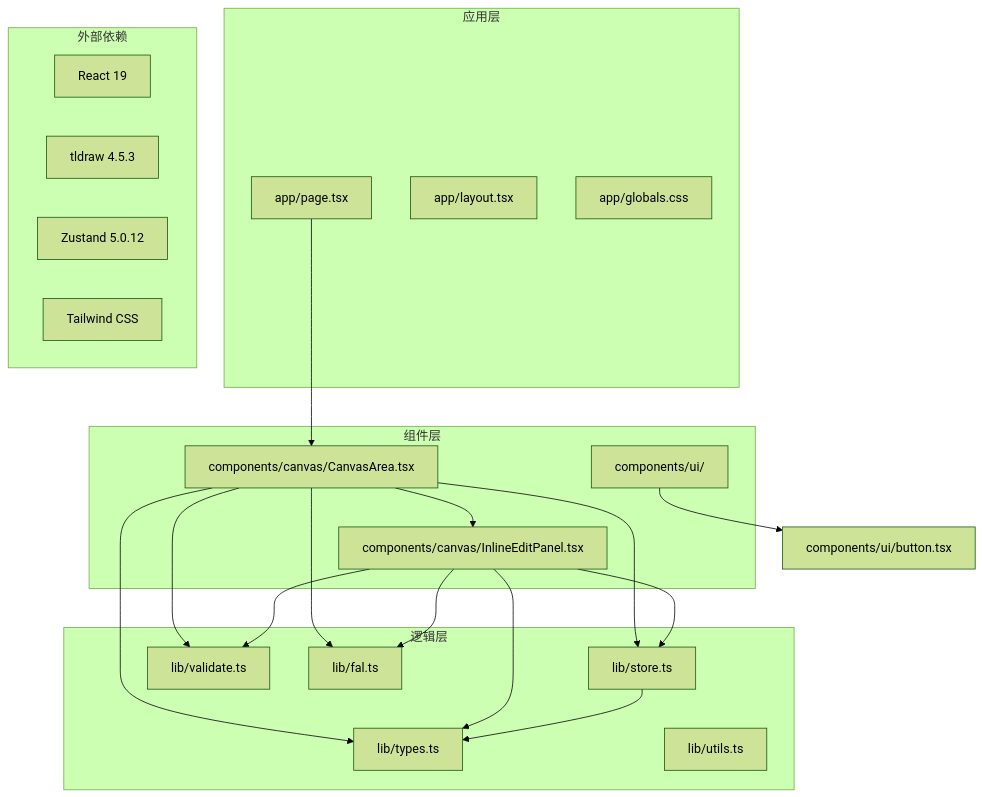
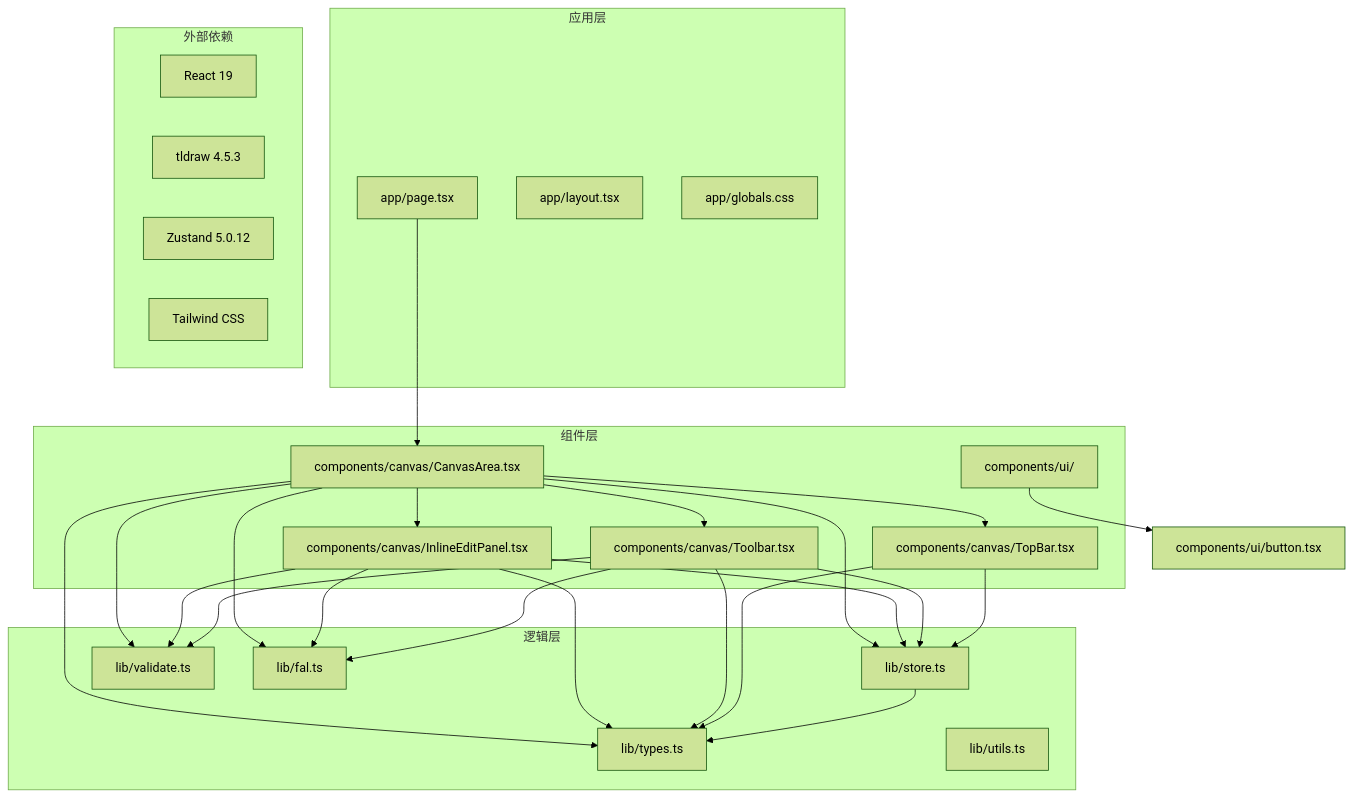
One commit to billye220670/BananaFlow2 changed the first of 22 diagrams in .qoder/repowiki/zh/content/核心功能模块/画布交互系统.md. Above: the diagram before and after it, drawn with Mermaid (forest theme). The commit also changed other lines of this file and 10 other files, not shown here.

````diff
--- a/.qoder/repowiki/zh/content/核心功能模块/画布交互系统.md
+++ b/.qoder/repowiki/zh/content/核心功能模块/画布交互系统.md
@@ -49,38 +53,48 @@
 ```mermaid
 graph TB
 subgraph "应用层"
 App[app/page.tsx]
 Layout[app/layout.tsx]
 Styles[app/globals.css]
 end
 subgraph "组件层"
 Canvas[components/canvas/CanvasArea.tsx]
 InlineEdit[components/canvas/InlineEditPanel.tsx]
+Toolbar[components/canvas/Toolbar.tsx]
+TopBar[components/canvas/TopBar.tsx]
 UI[components/ui/]
 end
 subgraph "逻辑层"
 Store[lib/store.ts]
 Types[lib/types.ts]
 Utils[lib/utils.ts]
 Validate[lib/validate.ts]
 FAL[lib/fal.ts]
 end
 subgraph "外部依赖"
 React[React 19]
 Tldraw[tldraw 4.5.3]
 Zustand[Zustand 5.0.12]
 Tailwind[Tailwind CSS]
 end
 App --> Canvas
 Canvas --> InlineEdit
+Canvas --> Toolbar
+Canvas --> TopBar
 Canvas --> Store
 Canvas --> Types
 Canvas --> Validate
 Canvas --> FAL
 InlineEdit --> Store
 InlineEdit --> Types
 InlineEdit --> Validate
 InlineEdit --> FAL
+Toolbar --> Store
+Toolbar --> Types
+Toolbar --> Validate
+Toolbar --> FAL
+TopBar --> Store
+TopBar --> Types
 Store --> Types
 UI --> Button[components/ui/button.tsx]
 ```
````
